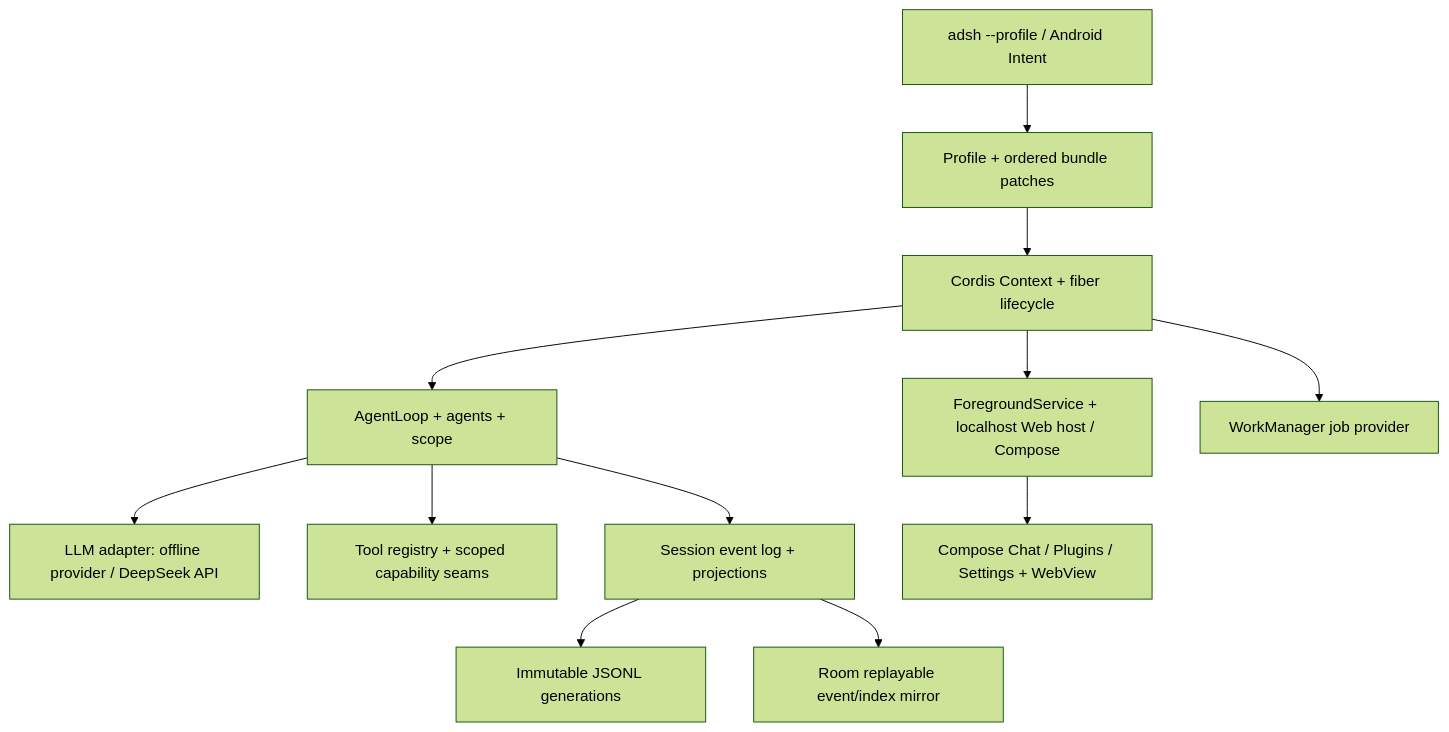
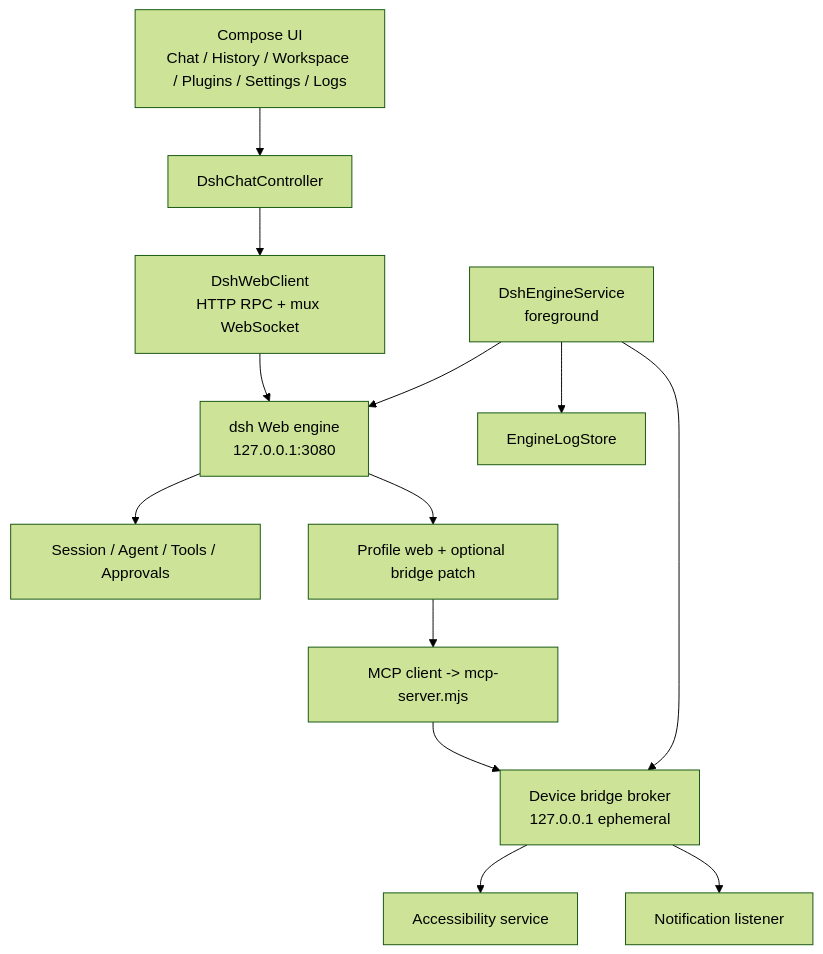
Before and after one commit to JackLiKa/android-dsh: the diagram in docs/architecture-android.md, drawn with Mermaid (forest theme). The commit also changed other lines of this file and 61 other files, not shown here.

Commit message:
feat(android): integrate dsh engine, voice, and device bridge

````diff
--- a/docs/architecture-android.md
+++ b/docs/architecture-android.md
@@ -17,14 +9,15 @@
 ```mermaid
 flowchart TD
-    Launcher["adsh --profile / Android Intent"] --> Composer["Profile + ordered bundle patches"]
-    Composer --> Context["Cordis Context + fiber lifecycle"]
-    Context --> Agent["AgentLoop + agents + scope"]
-    Agent --> LLM["LLM adapter: offline provider / DeepSeek API"]
-    Agent --> Tools["Tool registry + scoped capability seams"]
-    Agent --> Session["Session event log + projections"]
-    Session --> JSONL["Immutable JSONL generations"]
-    Session --> Room["Room replayable event/index mirror"]
-    Context --> Host["ForegroundService + localhost Web host / Compose"]
-    Host --> Client["Compose Chat / Plugins / Settings + WebView"]
-    Context --> Jobs["WorkManager job provider"]
+    UI["Compose UI<br/>Chat / History / Workspace / Plugins / Settings / Logs"] --> C["DshChatController"]
+    C --> W["DshWebClient<br/>HTTP RPC + mux WebSocket"]
+    W --> E["dsh Web engine<br/>127.0.0.1:3080"]
+    E --> S["Session / Agent / Tools / Approvals"]
+    E --> P["Profile web + optional bridge patch"]
+    P --> M["MCP client -> mcp-server.mjs"]
+    M --> B["Device bridge broker<br/>127.0.0.1 ephemeral"]
+    B --> A["Accessibility service"]
+    B --> N["Notification listener"]
+    F["DshEngineService<br/>foreground"] --> E
+    F --> L["EngineLogStore"]
+    F --> B
 ```
````
